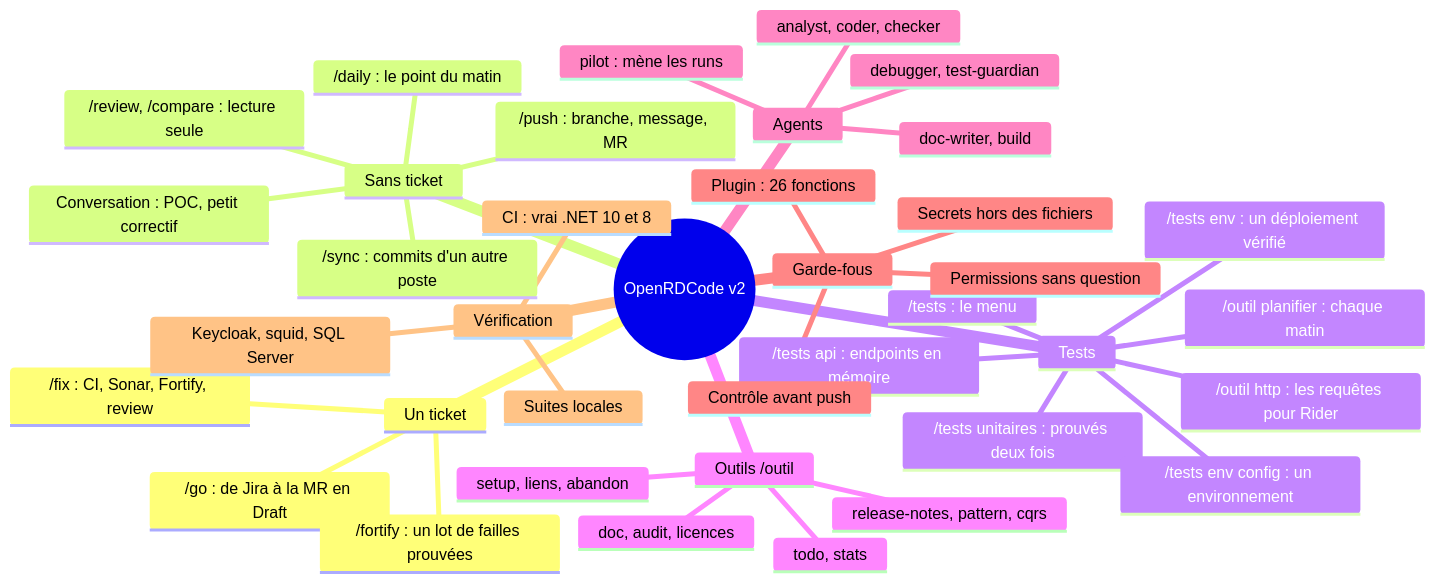
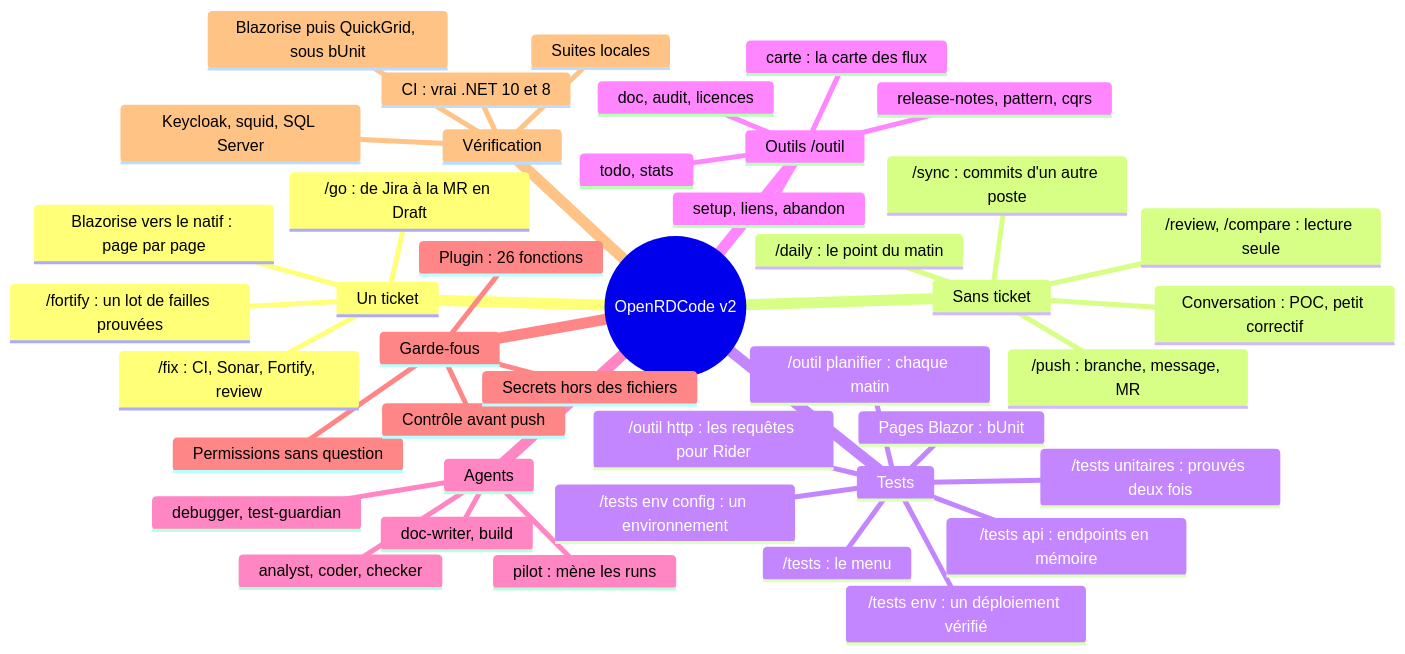
Before and after one commit to RabieDerouiche/OpenRDCode: the second of 7 diagrams in opencode-v2/README.md, drawn with Mermaid. The commit also changed other lines of this file and 12 other files, not shown here.

First line of the commit message:
opencode-v2: /outil carte, the map of the flows generated from the pack; docs of the Blazorise replacement under bUnit tests

````diff
--- a/opencode-v2/README.md
+++ b/opencode-v2/README.md
@@ -92,41 +93,45 @@
 ```mermaid
 mindmap
   root((OpenRDCode v2))
     Un ticket
       /go : de Jira à la MR en Draft
       /fix : CI, Sonar, Fortify, review
       /fortify : un lot de failles prouvées
+      Blazorise vers le natif : page par page
     Sans ticket
       Conversation : POC, petit correctif
       /push : branche, message, MR
       /sync : commits d'un autre poste
       /daily : le point du matin
       /review, /compare : lecture seule
     Tests
       /tests : le menu
       /tests unitaires : prouvés deux fois
+      Pages Blazor : bUnit
       /tests api : endpoints en mémoire
       /tests env config : un environnement
       /tests env : un déploiement vérifié
       /outil http : les requêtes pour Rider
       /outil planifier : chaque matin
     Outils /outil
       doc, audit, licences
       release-notes, pattern, cqrs
       setup, liens, abandon
       todo, stats
+      carte : la carte des flux
     Agents
       pilot : mène les runs
       analyst, coder, checker
       debugger, test-guardian
       doc-writer, build
     Garde-fous
       Plugin : 26 fonctions
       Permissions sans question
       Contrôle avant push
       Secrets hors des fichiers
     Vérification
       Suites locales
       CI : vrai .NET 10 et 8
       Keycloak, squid, SQL Server
+      Blazorise puis QuickGrid, sous bUnit
 ```
````
